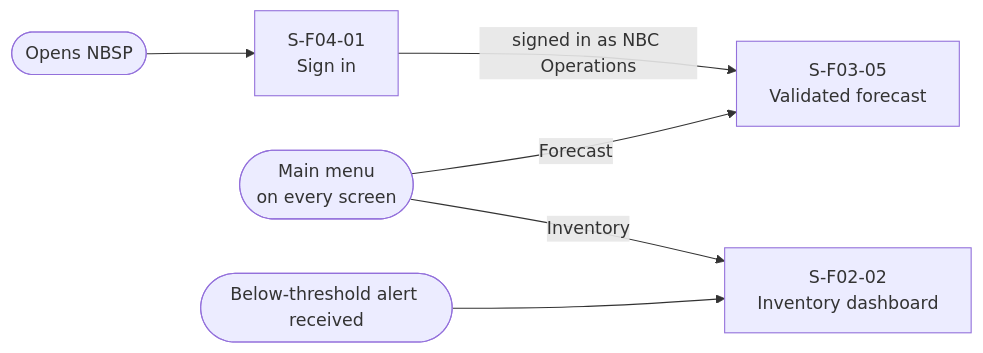
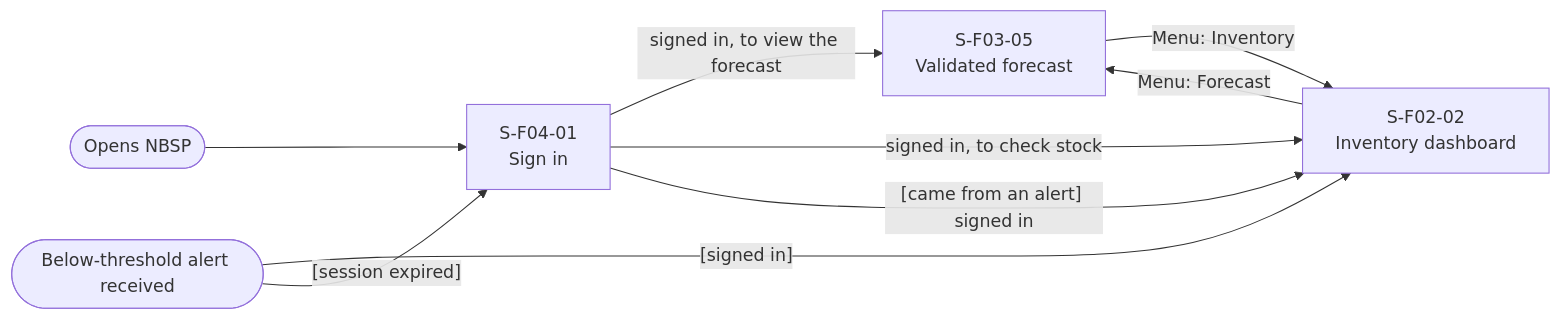
Before and after one commit to Nhan2772/DBIZ2-GROUPC-NationalBloodSupplyPlatform: the fourth of 4 diagrams in external-design/screen-transition/screen-transition.md, drawn with Mermaid.

````diff
--- a/external-design/screen-transition/screen-transition.md
+++ b/external-design/screen-transition/screen-transition.md
@@ -93,14 +93,16 @@
 ```mermaid
 flowchart LR
   entry(["Opens NBSP"])
   alert(["Below-threshold alert received"])
-  nav(["Main menu<br>on every screen"])
-  S00_01["S-F04-01<br>Sign in"]
+  S04_01["S-F04-01<br>Sign in"]
   S03_05["S-F03-05<br>Validated forecast"]
   S02_02["S-F02-02<br>Inventory dashboard"]
-  entry --> S00_01
-  S00_01 -->|"signed in as NBC Operations"| S03_05
-  nav -->|"Forecast"| S03_05
-  nav -->|"Inventory"| S02_02
-  alert --> S02_02
+  entry --> S04_01
+  S04_01 -->|"signed in, to view the forecast"| S03_05
+  S04_01 -->|"signed in, to check stock"| S02_02
+  S03_05 -->|"Menu: Inventory"| S02_02
+  S02_02 -->|"Menu: Forecast"| S03_05
+  alert -->|"[signed in]"| S02_02
+  alert -->|"[session expired]"| S04_01
+  S04_01 -->|"[came from an alert] signed in"| S02_02
 ```
````
